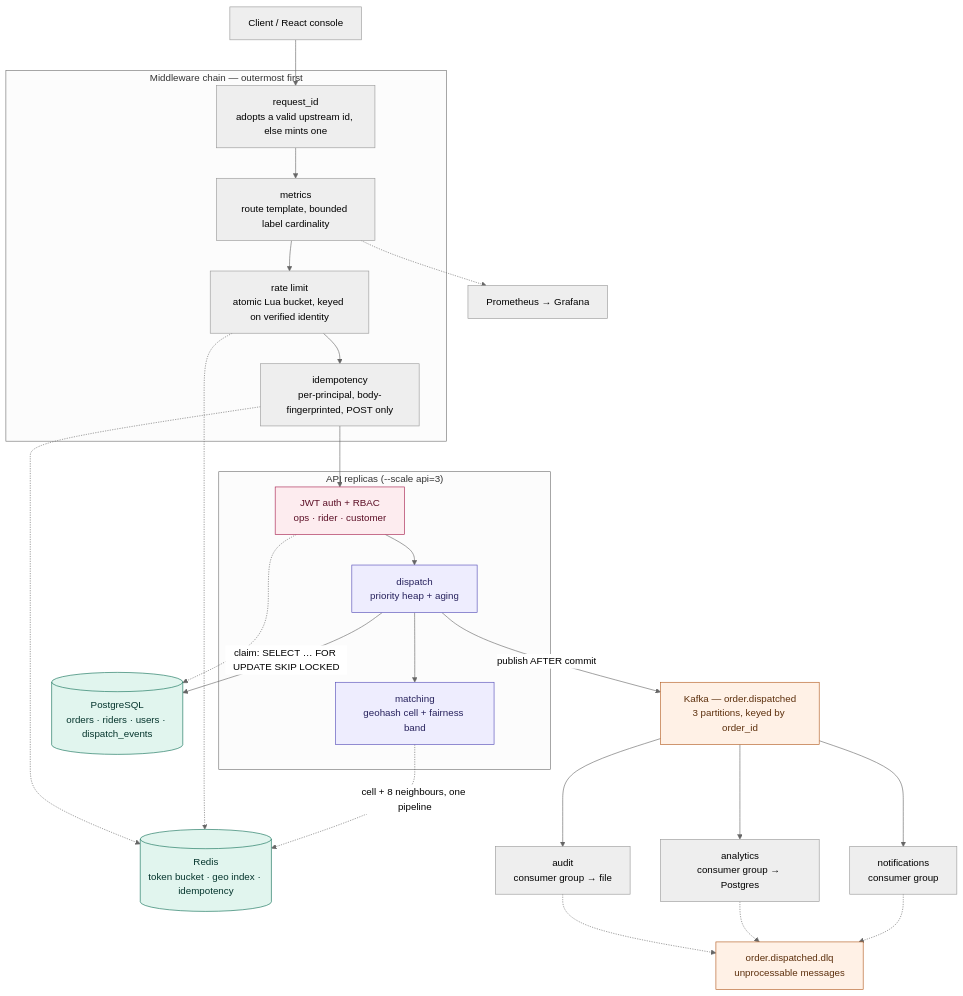
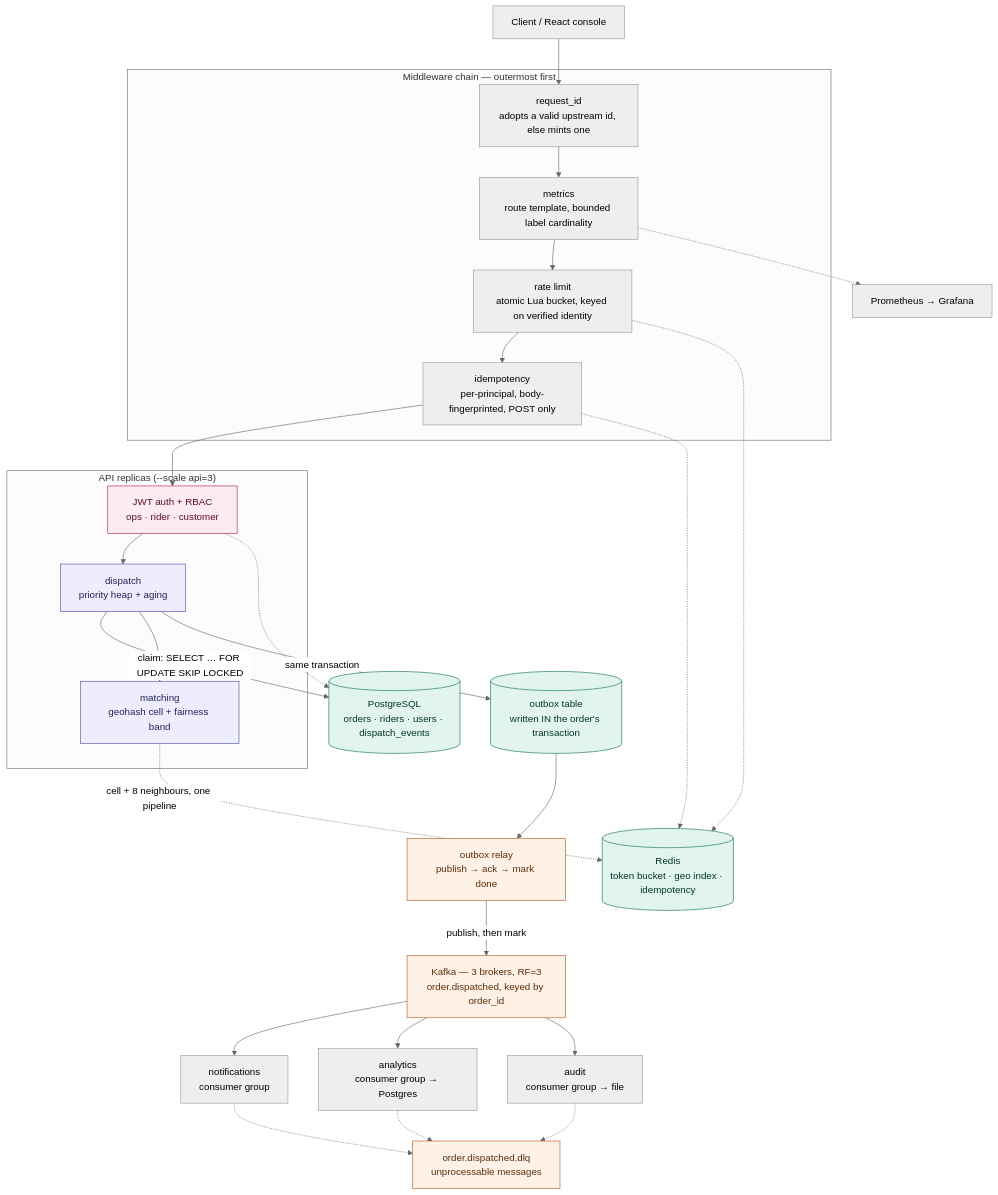
The diagram in README.md (Shoryagg7/deliveriq), drawn with Mermaid (neutral theme) before and after one commit. The commit also changed other lines of this file and 18 other files, not shown here.

````diff
--- a/README.md
+++ b/README.md
@@ -22,53 +22,58 @@
 ```mermaid
 flowchart TD
     Client["Client / React console"]
 
     subgraph MW["Middleware chain — outermost first"]
         ReqID["request_id<br/>adopts a valid upstream id, else mints one"]
         Met["metrics<br/>route template, bounded label cardinality"]
         RL["rate limit<br/>atomic Lua bucket, keyed on verified identity"]
         Idem["idempotency<br/>per-principal, body-fingerprinted, POST only"]
     end
 
     subgraph REPLICAS["API replicas (--scale api=3)"]
         Auth["JWT auth + RBAC<br/>ops · rider · customer"]
         Dispatch["dispatch<br/>priority heap + aging"]
         Match["matching<br/>geohash cell + fairness band"]
     end
 
     Postgres[("PostgreSQL<br/>orders · riders · users · dispatch_events")]
     Redis[("Redis<br/>token bucket · geo index · idempotency")]
-    Kafka["Kafka — order.dispatched<br/>3 partitions, keyed by order_id"]
+    Outbox[("outbox table<br/>written IN the order's transaction")]
+    Relay["outbox relay<br/>publish → ack → mark done"]
+    Kafka["Kafka — 3 brokers, RF=3<br/>order.dispatched, keyed by order_id"]
     DLQ["order.dispatched.dlq<br/>unprocessable messages"]
     Obs["Prometheus → Grafana"]
 
     Notif["notifications<br/>consumer group"]
     Analytics["analytics<br/>consumer group → Postgres"]
     Audit["audit<br/>consumer group → file"]
 
     Client --> ReqID --> Met --> RL --> Idem --> Auth
     Auth --> Dispatch
     Dispatch -->|"claim: SELECT … FOR UPDATE SKIP LOCKED"| Postgres
     Dispatch --> Match
     Match -.->|"cell + 8 neighbours, one pipeline"| Redis
-    Dispatch -->|"publish AFTER commit"| Kafka
+    Dispatch -->|"same transaction"| Outbox
+    Outbox --> Relay
+    Relay -->|"publish, then mark"| Kafka
     RL -.-> Redis
     Idem -.-> Redis
     Auth -.-> Postgres
     Met -.-> Obs
     Kafka --> Notif
     Kafka --> Analytics
     Kafka --> Audit
     Notif -.-> DLQ
     Analytics -.-> DLQ
     Audit -.-> DLQ
 
     classDef algo fill:#EEEDFE,stroke:#534AB7,color:#26215C;
     classDef store fill:#E1F5EE,stroke:#0F6E56,color:#04342C;
     classDef bus fill:#FFF1E6,stroke:#B25A1E,color:#5C2F0C;
     classDef sec fill:#FDECEF,stroke:#A61E4D,color:#5C0F26;
     class Dispatch,Match algo;
     class Redis,Postgres store;
-    class Kafka,DLQ bus;
+    class Kafka,DLQ,Relay bus;
+    class Outbox store;
     class Auth sec;
 ```
````
